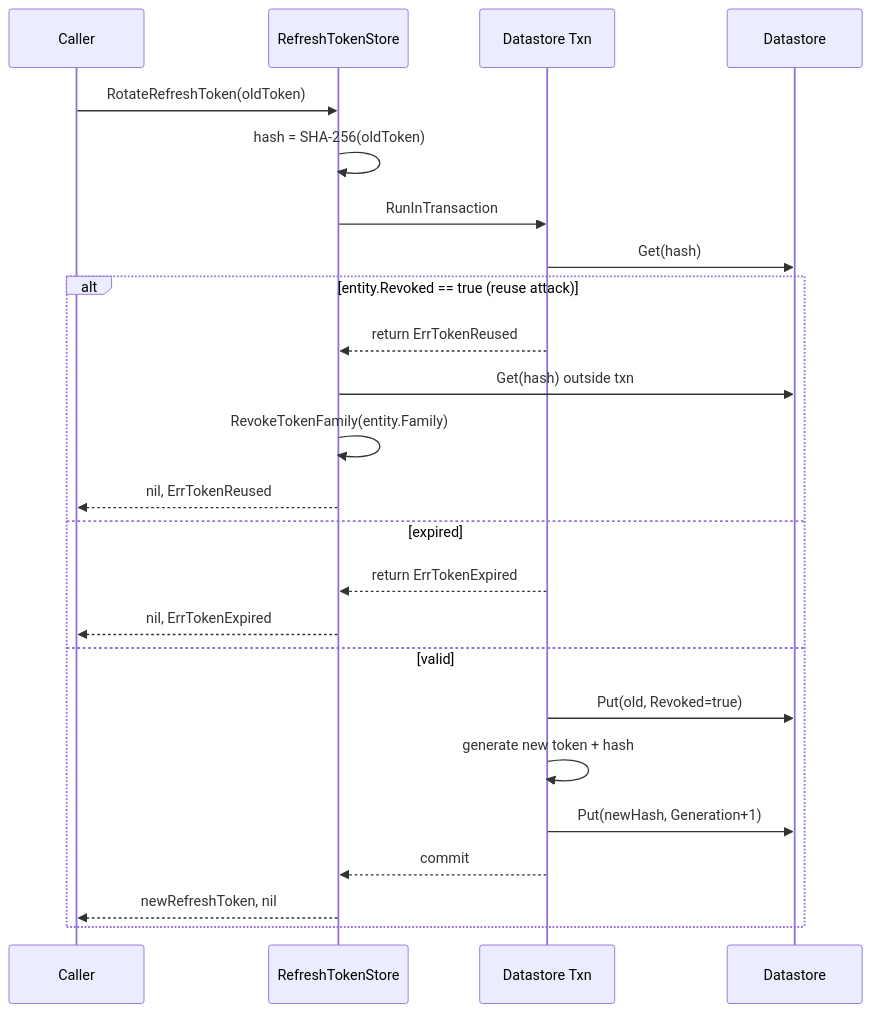
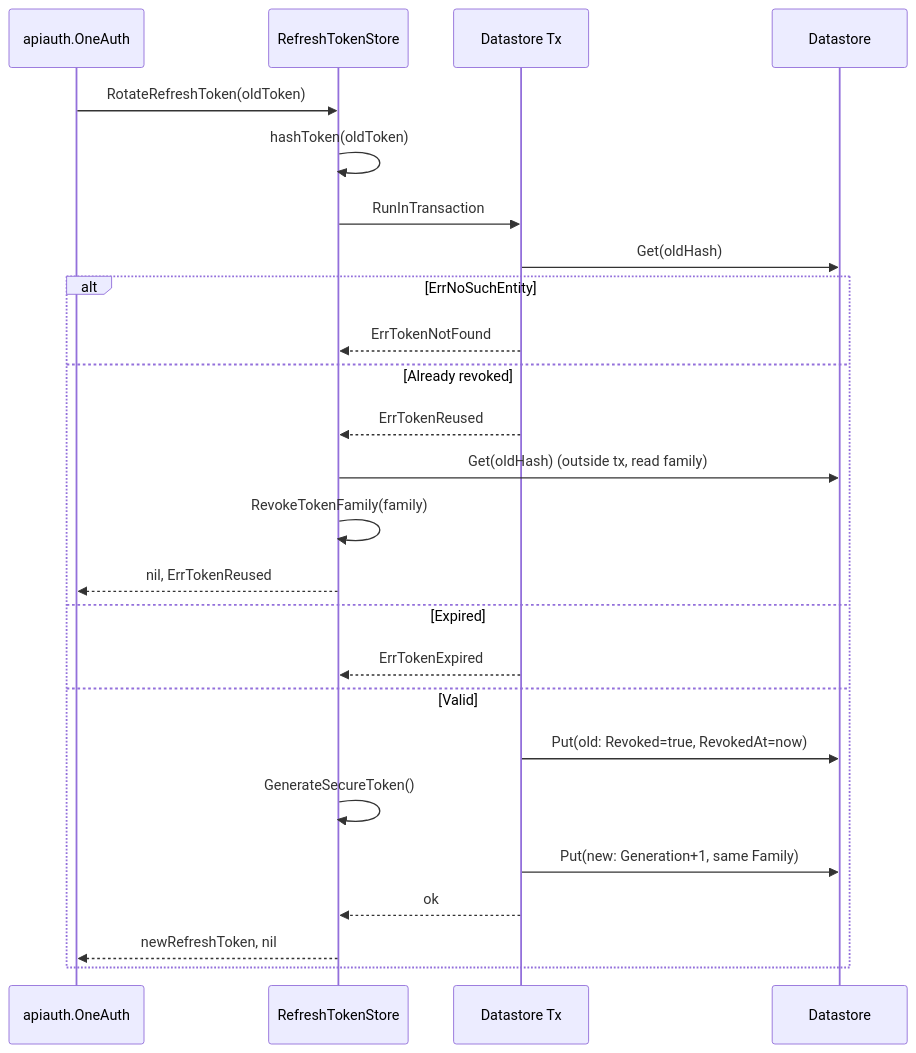
Before and after one commit to panyam/oneauth: the first of 4 diagrams in stores/gae/DESIGN.md, drawn with Mermaid. The commit also changed other lines of this file and 42 other files, not shown here.

````diff
--- a/stores/gae/DESIGN.md
+++ b/stores/gae/DESIGN.md
@@ -75,27 +53,28 @@
 ```mermaid
 sequenceDiagram
-    participant Caller
-    participant RTS as RefreshTokenStore
-    participant TX as Datastore Txn
+    participant Caller as apiauth.OneAuth
+    participant Store as RefreshTokenStore
+    participant Tx as Datastore Tx
     participant DS as Datastore
 
-    Caller->>RTS: RotateRefreshToken(oldToken)
-    RTS->>RTS: hash = SHA-256(oldToken)
-    RTS->>TX: RunInTransaction
-    TX->>DS: Get(hash)
-    alt entity.Revoked == true (reuse attack)
-        TX-->>RTS: return ErrTokenReused
-        RTS->>DS: Get(hash) outside txn
-        RTS->>RTS: RevokeTokenFamily(entity.Family)
-        RTS-->>Caller: nil, ErrTokenReused
-    else expired
-        TX-->>RTS: return ErrTokenExpired
-        RTS-->>Caller: nil, ErrTokenExpired
-    else valid
-        TX->>DS: Put(old, Revoked=true)
-        TX->>TX: generate new token + hash
-        TX->>DS: Put(newHash, Generation+1)
-        TX-->>RTS: commit
-        RTS-->>Caller: newRefreshToken, nil
+    Caller->>Store: RotateRefreshToken(oldToken)
+    Store->>Store: hashToken(oldToken)
+    Store->>Tx: RunInTransaction
+    Tx->>DS: Get(oldHash)
+    alt ErrNoSuchEntity
+        Tx-->>Store: ErrTokenNotFound
+    else Already revoked
+        Tx-->>Store: ErrTokenReused
+        Store->>DS: Get(oldHash) (outside tx, read family)
+        Store->>Store: RevokeTokenFamily(family)
+        Store-->>Caller: nil, ErrTokenReused
+    else Expired
+        Tx-->>Store: ErrTokenExpired
+    else Valid
+        Tx->>DS: Put(old: Revoked=true, RevokedAt=now)
+        Store->>Store: GenerateSecureToken()
+        Tx->>DS: Put(new: Generation+1, same Family)
+        Tx-->>Store: ok
+        Store-->>Caller: newRefreshToken, nil
     end
 ```
````
